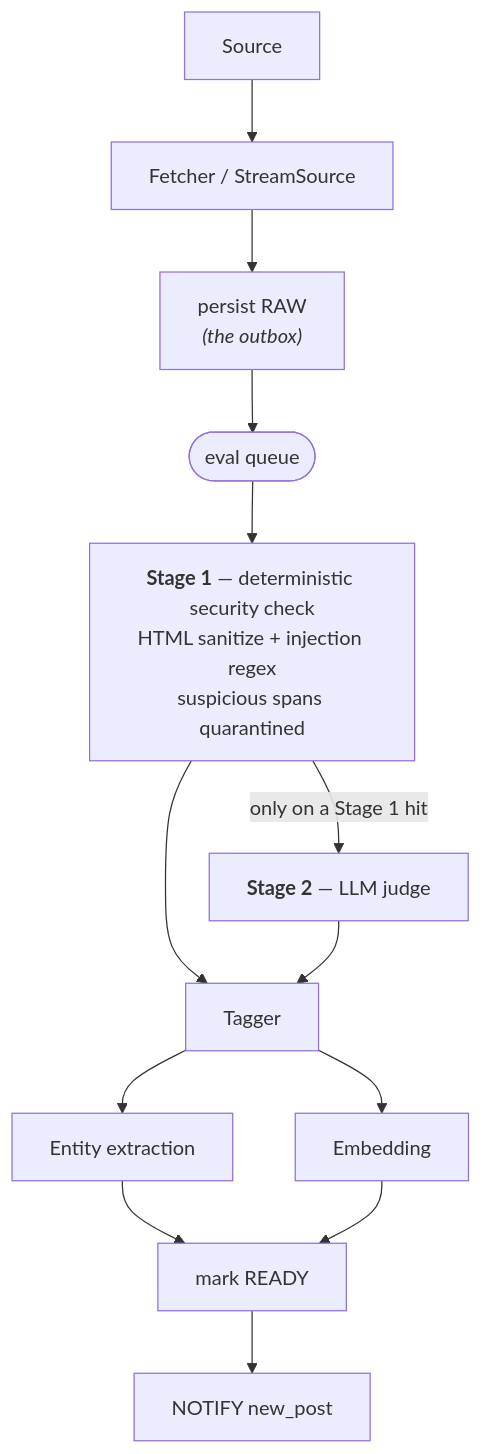
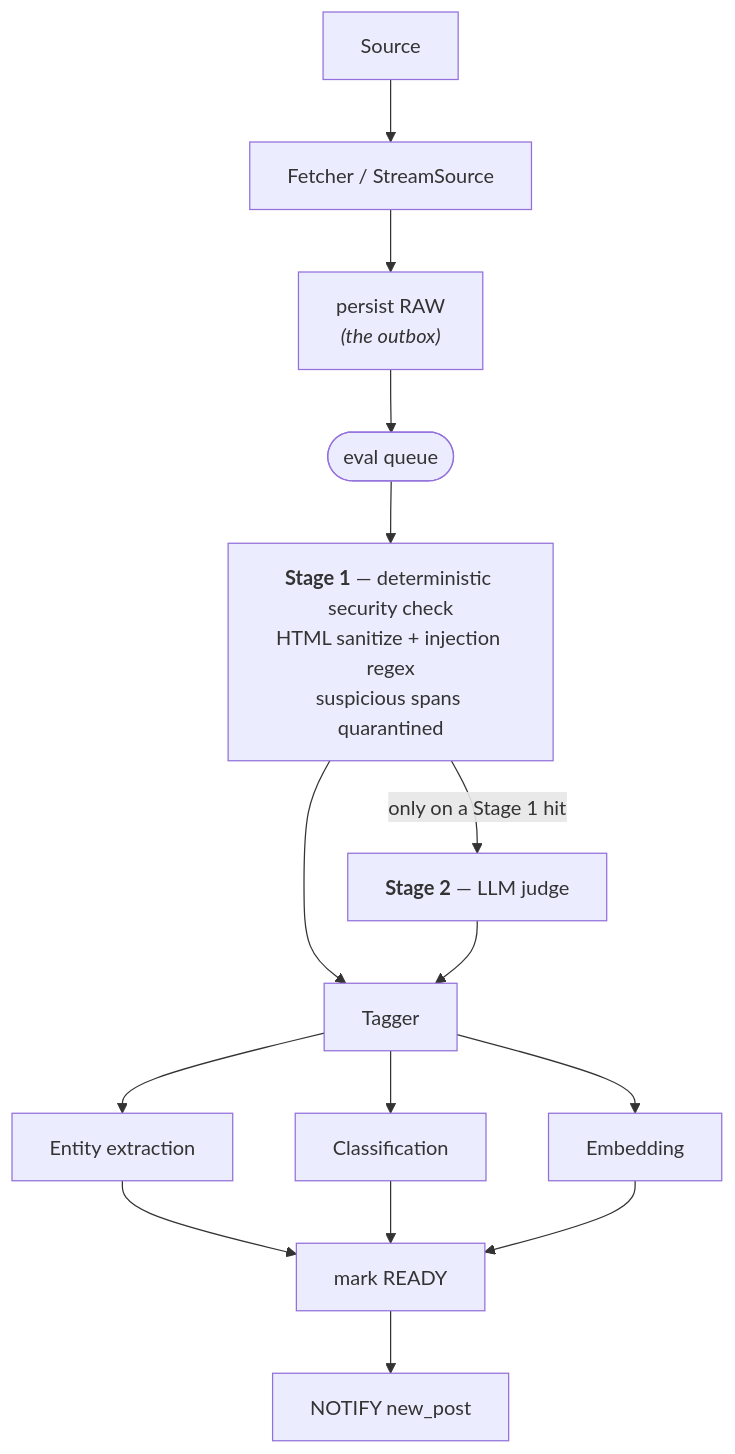
Before and after one commit to zcat-app/infochat: the third of 5 diagrams in OVERVIEW.md, drawn with Mermaid. The commit also changed other lines of this file and 5 other files, not shown here.

````diff
--- a/OVERVIEW.md
+++ b/OVERVIEW.md
@@ -139,15 +140,17 @@
 ```mermaid
 flowchart TD
     src["Source"] --> fetch["Fetcher / StreamSource"]
     fetch --> raw["persist RAW<br/><i>(the outbox)</i>"]
     raw --> queue(["eval queue"])
     queue --> s1["<b>Stage 1</b> — deterministic security check<br/>HTML sanitize + injection regex<br/>suspicious spans quarantined"]
     s1 -->|only on a Stage 1 hit| s2["<b>Stage 2</b> — LLM judge"]
     s1 --> tag["Tagger"]
     s2 --> tag
     tag --> ent["Entity extraction"]
+    tag --> cls["Classification"]
     tag --> emb["Embedding"]
     ent --> ready["mark READY"]
+    cls --> ready
     emb --> ready
     ready --> notify["NOTIFY new_post"]
 ```
````
